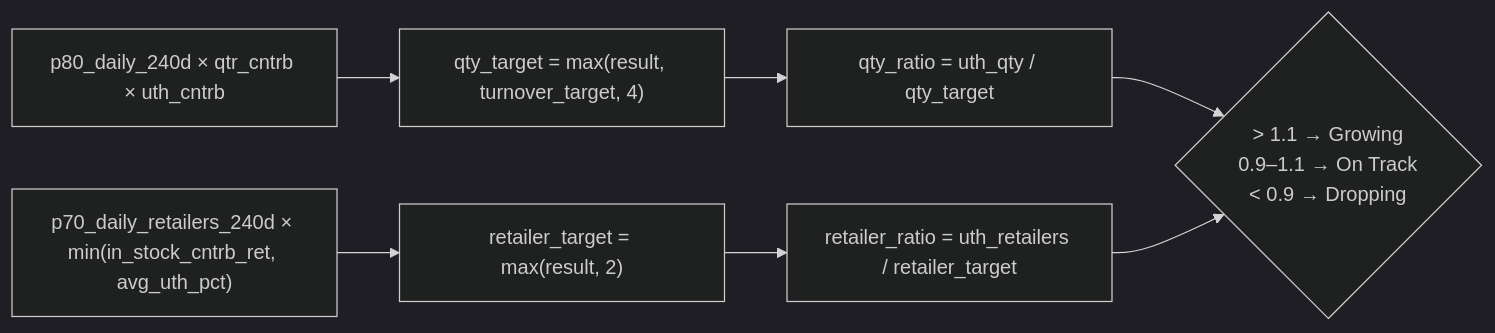
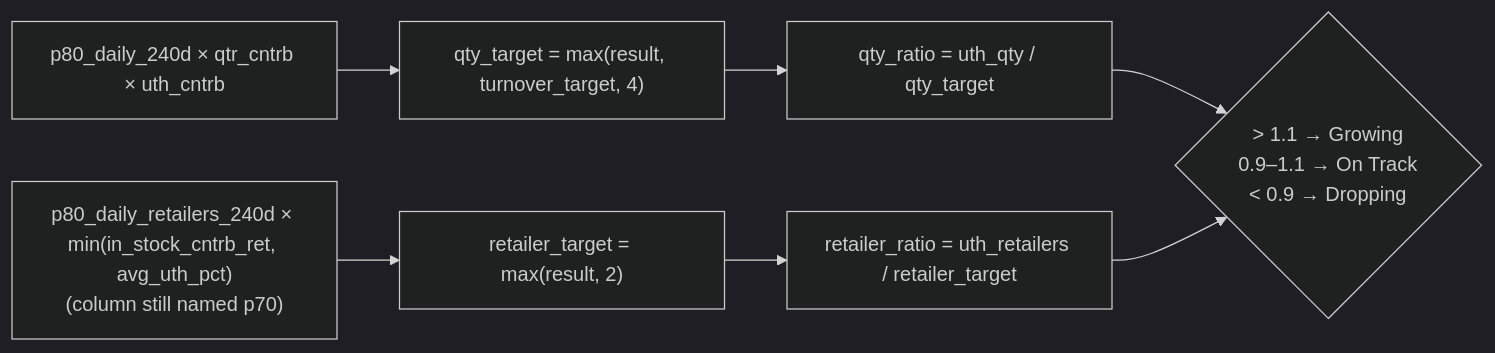
Before and after one commit to Maxab-Growth/Mustafa: the second of 2 diagrams in docs/module_3_periodic_actions.md, drawn with Mermaid (dark theme). The commit also changed other lines of this file and 9 other files, not shown here.

````diff
--- a/docs/module_3_periodic_actions.md
+++ b/docs/module_3_periodic_actions.md
@@ -99,11 +99,11 @@
 ```mermaid
 flowchart LR
     A["p80_daily_240d × qtr_cntrb × uth_cntrb"] --> B["qty_target = max(result, turnover_target, 4)"]
-    C["p70_daily_retailers_240d × min(in_stock_cntrb_ret, avg_uth_pct)"] --> D["retailer_target = max(result, 2)"]
+    C["p80_daily_retailers_240d × min(in_stock_cntrb_ret, avg_uth_pct)\n(column still named p70)"] --> D["retailer_target = max(result, 2)"]
 
     B --> E["qty_ratio = uth_qty / qty_target"]
     D --> F["retailer_ratio = uth_retailers / retailer_target"]
 
     E --> G{"> 1.1 → Growing\n0.9–1.1 → On Track\n< 0.9 → Dropping"}
     F --> G
 ```
````
